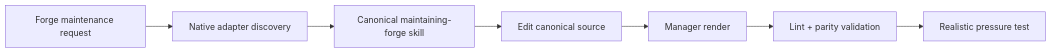
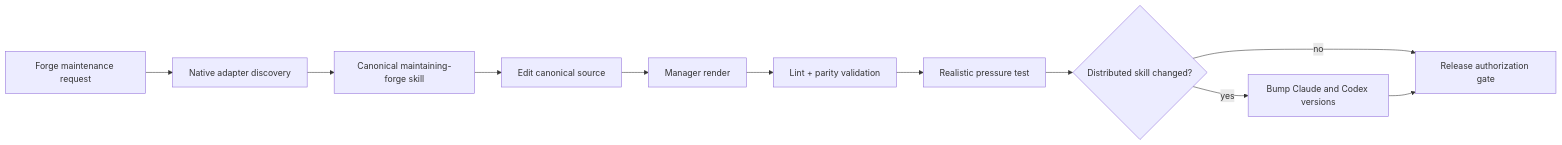
One commit to hope1026/aiagent-plugins changed the diagram in docs/specs/003-repository-maintenance-runbook/spec.md. Above: the diagram before and after it, drawn with Mermaid. The commit also changed other lines of this file and 5 other files, not shown here.

Commit message:
feat(forge): require version bump for skill releases

````diff
--- a/docs/specs/003-repository-maintenance-runbook/spec.md
+++ b/docs/specs/003-repository-maintenance-runbook/spec.md
@@ -31,9 +34,13 @@
 ```mermaid
 flowchart LR
   Request["Forge maintenance request"] --> Adapter["Native adapter discovery"]
   Adapter --> Canonical["Canonical maintaining-forge skill"]
   Canonical --> Change["Edit canonical source"]
   Change --> Render["Manager render"]
   Render --> Validate["Lint + parity validation"]
   Validate --> Pressure["Realistic pressure test"]
+  Pressure --> SkillChange{"Distributed skill changed?"}
+  SkillChange -- "yes" --> Version["Bump Claude and Codex versions"]
+  SkillChange -- "no" --> Release["Release authorization gate"]
+  Version --> Release
 ```
````
